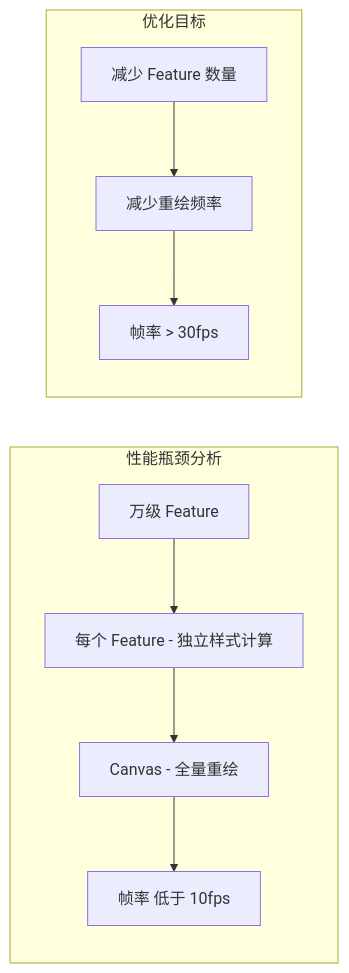
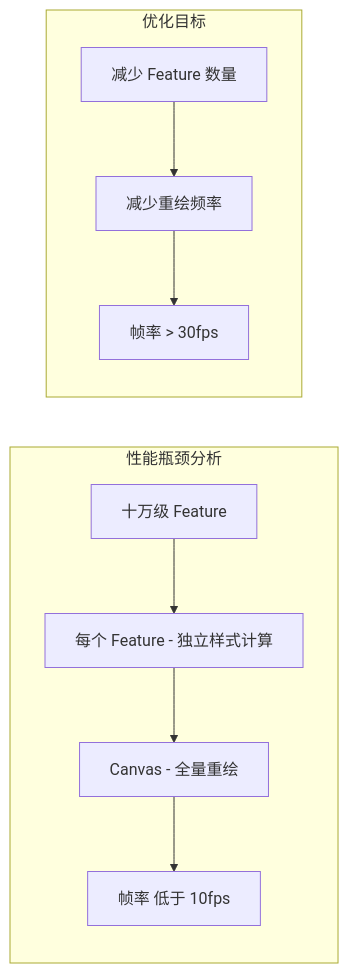
Diagram 51 of 58 in S4-面试冲刺/02-简历问题.md (KMaybe01/common), drawn with Mermaid before and after one commit. The commit also changed other lines of this file and 12 other files, not shown here.

````diff
--- a/S4-面试冲刺/02-简历问题.md
+++ b/S4-面试冲刺/02-简历问题.md
@@ -6163,13 +6368,13 @@
 ```mermaid
 flowchart LR
   subgraph "性能瓶颈分析"
-    P1["万级 Feature"] --> P2["每个 Feature - 独立样式计算"]
+    P1["十万级 Feature"] --> P2["每个 Feature - 独立样式计算"]
     P2 --> P3["Canvas - 全量重绘"]
     P3 --> P4["帧率 低于 10fps"]
   end
 
   subgraph "优化目标"
     O1["减少 Feature 数量"] --> O2["减少重绘频率"]
     O2 --> O3["帧率 > 30fps"]
   end
 ```
````
